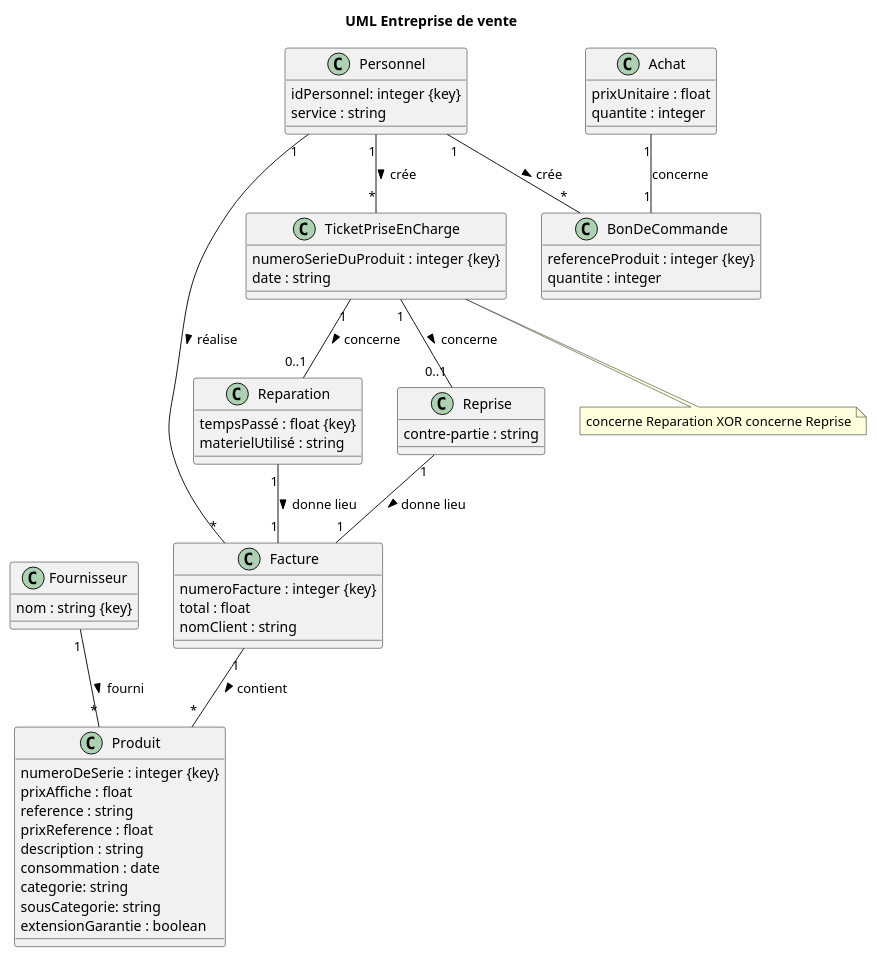
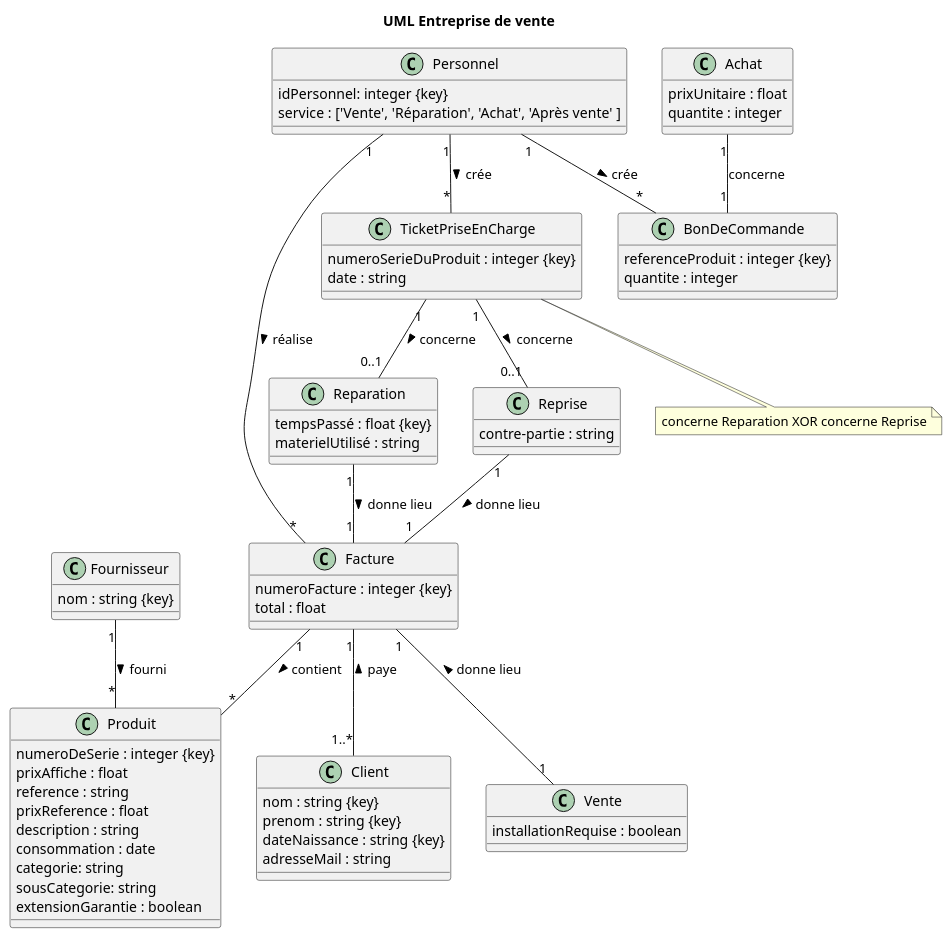
Before and after one commit to mariaidrissi/Entreprise-de-vente: the diagram in MCD.plantuml, drawn with PlantUML.

```diff
--- a/MCD.plantuml
+++ b/MCD.plantuml
@@ -1,77 +1,91 @@
 @startuml
 title UML Entreprise de vente
 
 class Produit {
   numeroDeSerie : integer {key}
   prixAffiche : float
   reference : string
   prixReference : float
   description : string
   consommation : date
   categorie: string
   sousCategorie: string
   extensionGarantie : boolean
 }
 
 class Fournisseur {
 	nom : string {key}
 }
 
 Fournisseur "1" -- "*" Produit : fourni >
 
 
 class Facture {
   numeroFacture : integer {key}
   total : float 
-  nomClient : string
 }
+
+
+class Client { 
+  nom : string {key}
+  prenom : string {key}
+  dateNaissance : string {key}
+  adresseMail : string
+}
+Facture "1" -- "1..*" Client : paye <
 
 Facture "1" -- "*" Produit : contient >
 
 class Personnel {
   idPersonnel: integer {key}
-  service : string
+  service : ['Vente', 'Réparation', 'Achat', 'Après vente' ]
 }
 
 
 Personnel "1" -- "*" Facture : réalise >
 Personnel "1" -- "*" TicketPriseEnCharge : crée >
 Personnel "1" -- "*" BonDeCommande : crée >
 
 class TicketPriseEnCharge {
   numeroSerieDuProduit : integer {key}
   date : string 
 }
 
 class BonDeCommande {
   referenceProduit : integer {key}
   quantite : integer
 }
 
 
 Achat "1" -- "1" BonDeCommande : concerne 
 
 class Achat {
   prixUnitaire : float
   quantite : integer
 }
 
-
-
 class Reparation  {
   tempsPassé : float {key}
   materielUtilisé : string
 }
 
 class Reprise  {
   contre-partie : string
 }
 
+
 note bottom of TicketPriseEnCharge
     concerne Reparation XOR concerne Reprise
 end note
 TicketPriseEnCharge "1" -- "0..1" Reparation : concerne >
 Reparation "1" -- "1" Facture : donne lieu >
 TicketPriseEnCharge "1" -- "0..1" Reprise : concerne >
 Reprise "1" -- "1" Facture : donne lieu >
+
+Facture "1" -- "1" Vente : donne lieu <
+class Vente  {
+  installationRequise : boolean 
+}
+
+
 @enduml
```
